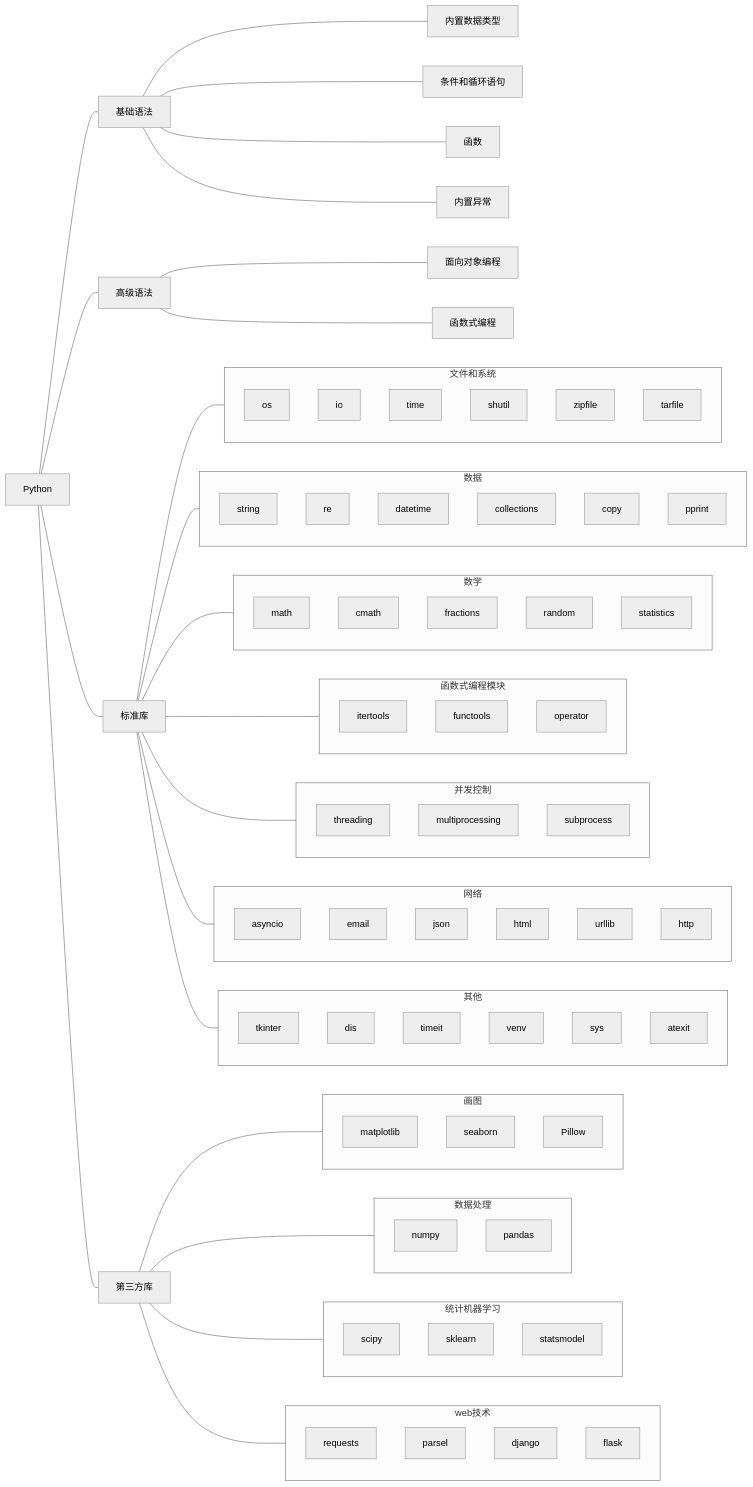
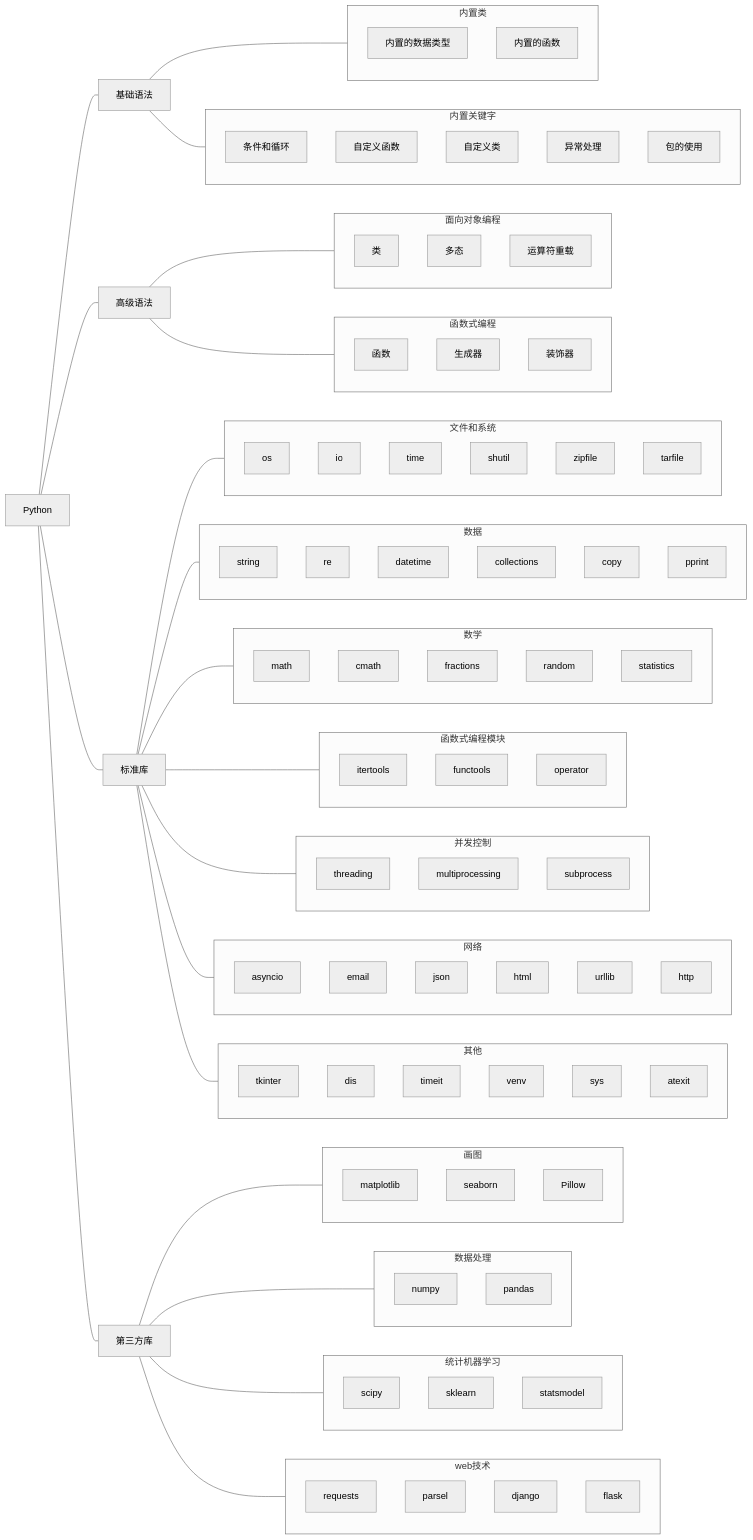
One commit to AIboy996/AIboy996.GitHub.io changed the diagram in docs/Python/index.md. Above: the diagram before and after it, drawn with Mermaid (neutral theme). The commit also changed other lines of this file and 10 other files, not shown here.

````diff
--- a/docs/Python/index.md
+++ b/docs/Python/index.md
@@ -46,54 +44,76 @@
 ```mermaid
 flowchart LR
+    subgraph 内置类
+    内置的数据类型
+    内置的函数
+    end
+    subgraph 内置关键字
+    条件和循环
+    自定义函数
+    自定义类
+    异常处理
+    包的使用
+    end
+    subgraph 面向对象编程
+    类
+    多态
+    运算符重载
+    end
+    subgraph 函数式编程
+    函数
+    生成器
+    装饰器
+    end
     Python --- 基础语法 & 高级语法 & 标准库 & 第三方库
-    基础语法 --- 内置数据类型 & 条件和循环语句 & 函数 & 内置异常
+    基础语法 --- 内置类 & 内置关键字
     高级语法 --- 面向对象编程 & 函数式编程
+    
     subgraph 画图
     matplotlib
     seaborn
     Pillow
     end
     subgraph 数据处理
     numpy
     pandas
     end
     subgraph 统计机器学习
     scipy
     sklearn
     statsmodel
     end
     subgraph web技术
     requests
     parsel
     django
     flask
     end
     
     第三方库 --- 画图 & 数据处理 & 统计机器学习 & web技术
     subgraph 文件和系统
     os;io;time;shutil;
   	zipfile;tarfile;
     end
     subgraph 数据
     string;re;datetime;
     collections;copy;pprint;
     end
     subgraph 数学
     math; cmath; fractions; random; statistics
     end
     subgraph 函数式编程模块
     itertools; functools; operator
     end
     subgraph 并发控制
     threading; multiprocessing; subprocess;
     end
     subgraph 网络
     asyncio;email; json; html; urllib; http;
     end
     subgraph 其他
     tkinter;dis;timeit;venv;sys;atexit;dis
     end
     标准库 --- 文件和系统 & 数据 & 数学 & 函数式编程模块 & 并发控制 & 网络 & 其他
     
     
 ```
````
